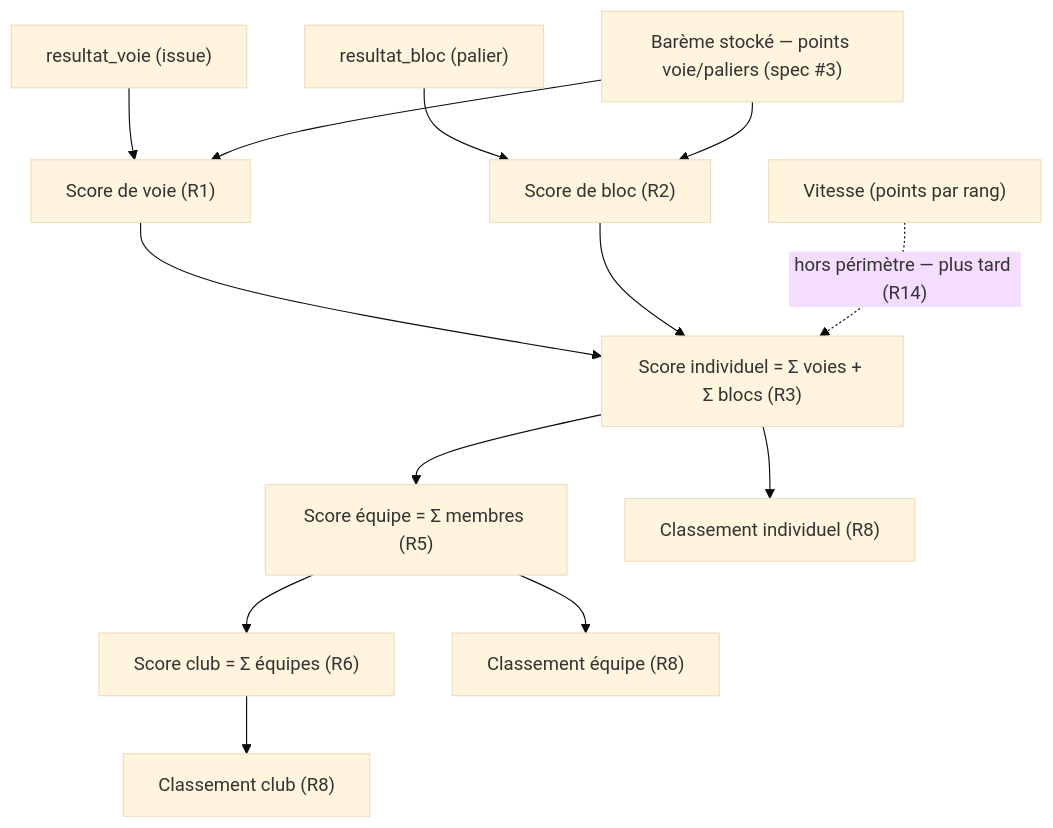
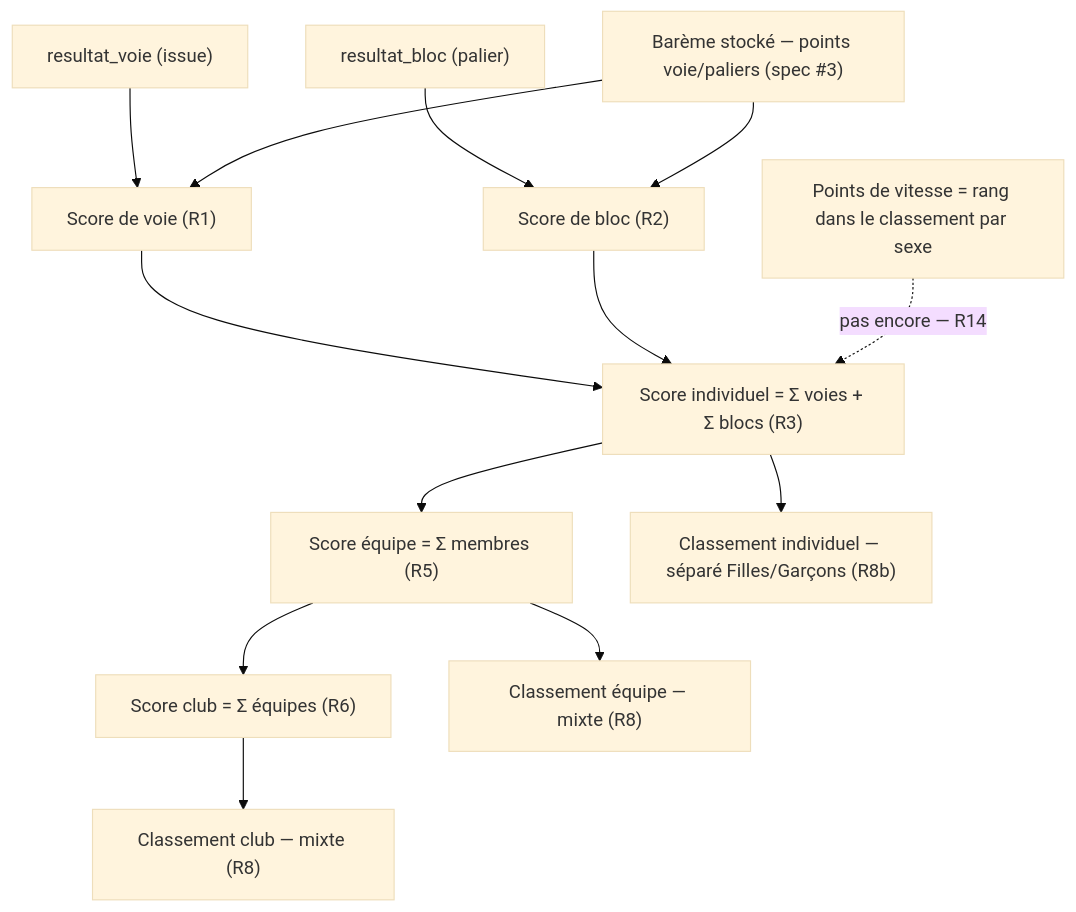
The diagram in docs/specs/07-classement.md (julleroyfr/interclub), drawn with Mermaid (base theme) before and after one commit. The commit also changed other lines of this file and 31 other files, not shown here.

````diff
--- a/docs/specs/07-classement.md
+++ b/docs/specs/07-classement.md
@@ -201,15 +234,15 @@
 ```mermaid
 flowchart TD
   RV["resultat_voie (issue)"] --> SV["Score de voie (R1)"]
   RB["resultat_bloc (palier)"] --> SB["Score de bloc (R2)"]
   BAR["Barème stocké — points voie/paliers (spec #3)"] --> SV
   BAR --> SB
   SV --> SI["Score individuel = Σ voies + Σ blocs (R3)"]
   SB --> SI
   SI --> SE["Score équipe = Σ membres (R5)"]
   SE --> SC["Score club = Σ équipes (R6)"]
-  SI --> CI["Classement individuel (R8)"]
-  SE --> CE["Classement équipe (R8)"]
-  SC --> CC["Classement club (R8)"]
-  VIT["Vitesse (points par rang)"] -. "hors périmètre — plus tard (R14)" .-> SI
+  SI --> CI["Classement individuel — séparé Filles/Garçons (R8b)"]
+  SE --> CE["Classement équipe — mixte (R8)"]
+  SC --> CC["Classement club — mixte (R8)"]
+  VIT["Points de vitesse = rang dans le classement par sexe"] -. "pas encore — R14" .-> SI
 ```
````
